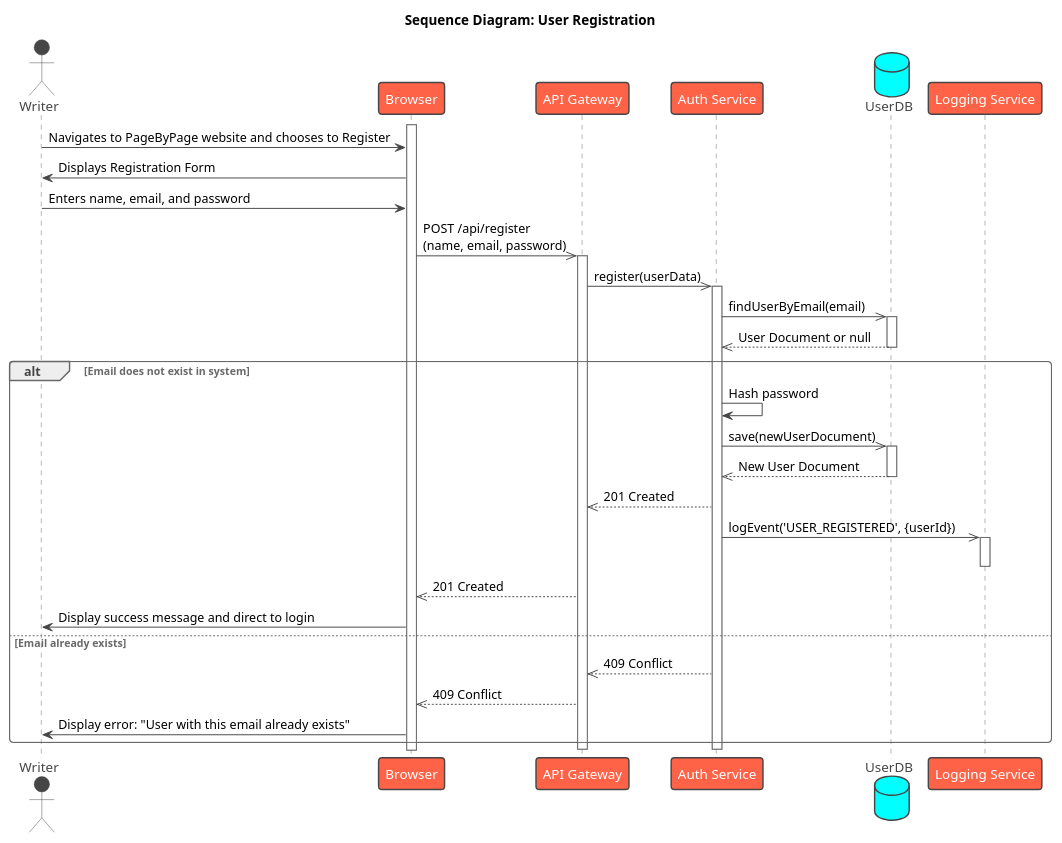
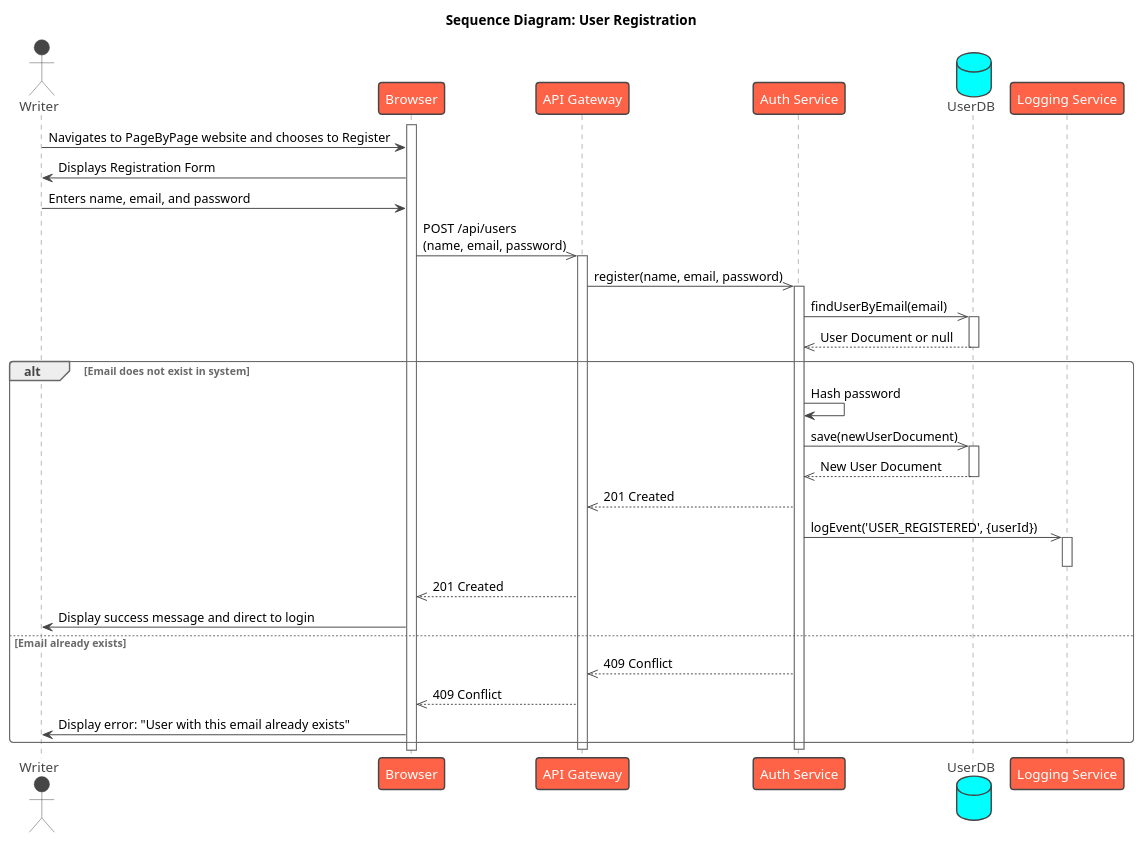
Before and after one commit to Arado3333/PageByPage_Israel_Arad: the diagram in UML/Sequences/Writer/Registeration.puml, drawn with PlantUML. The commit also changed 13 other files, not shown here.

```diff
--- a/UML/Sequences/Writer/Registeration.puml
+++ b/UML/Sequences/Writer/Registeration.puml
@@ -1,52 +1,52 @@
 @startuml
 !theme vibrant
 
 title Sequence Diagram: User Registration
 
 actor "Writer" as User
 participant "Browser" as Browser
 participant "API Gateway" as Gateway
 participant "Auth Service" as AuthService
 database "UserDB" as UserDB
 participant "Logging Service" as LoggingService
 
 activate Browser
 User -> Browser : Navigates to PageByPage website and chooses to Register
     
 Browser -> User : Displays Registration Form
 User -> Browser : Enters name, email, and password
-Browser ->> Gateway : POST /api/register\n(name, email, password)
+Browser ->> Gateway : POST /api/users\n(name, email, password)
 activate Gateway
 
-Gateway ->> AuthService : register(userData)
+Gateway ->> AuthService : register(name, email, password)
 activate AuthService
 
 AuthService ->> UserDB : findUserByEmail(email)
 activate UserDB
 UserDB -->> AuthService : User Document or null
 deactivate UserDB
 
 alt Email does not exist in system
     AuthService -> AuthService : Hash password
     AuthService ->> UserDB : save(newUserDocument)
     activate UserDB
     UserDB -->> AuthService : New User Document
     deactivate UserDB
 
     AuthService -->> Gateway : 201 Created
     
     ' Asynchronous Logging
     AuthService ->> LoggingService : logEvent('USER_REGISTERED', {userId})
     activate LoggingService
     deactivate LoggingService
 
     Gateway -->> Browser : 201 Created
     Browser -> User : Display success message and direct to login
 else Email already exists
     AuthService -->> Gateway : 409 Conflict
     Gateway -->> Browser : 409 Conflict
     Browser -> User : Display error: "User with this email already exists"
 end
 deactivate AuthService
 deactivate Gateway
 @enduml
```
